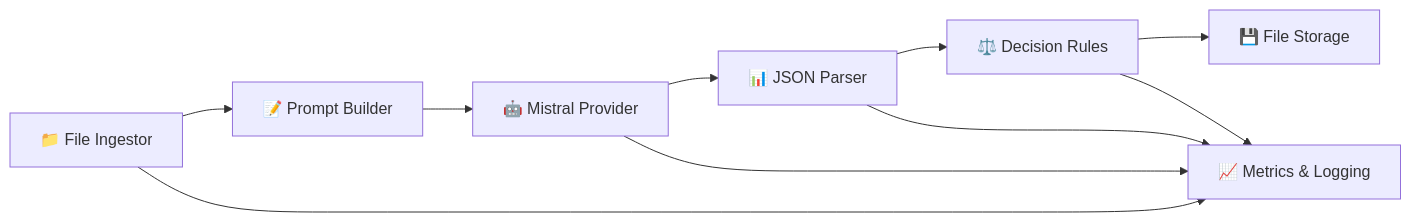
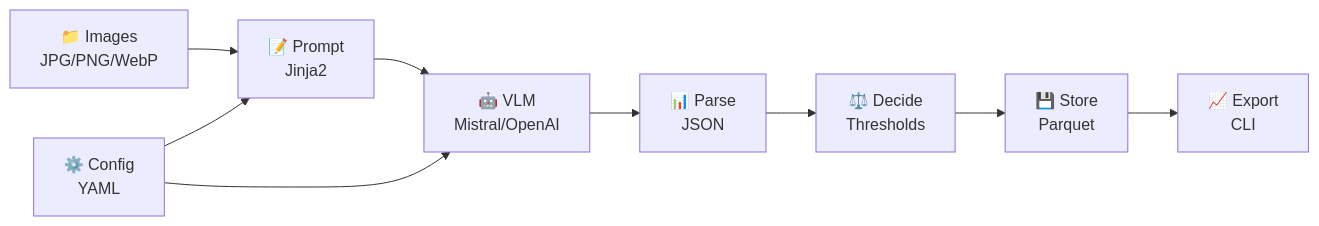
The diagram in README.md (boijuny/vis2attr), drawn with Mermaid before and after one commit. The commit also changed other lines of this file and 5 other files, not shown here.

````diff
--- a/README.md
+++ b/README.md
@@ -42,12 +13,12 @@
 ```mermaid
 flowchart LR
-  A[📁 File Ingestor] --> B[📝 Prompt Builder]
-  B --> C[🤖 Mistral Provider]
-  C --> D[📊 JSON Parser]
-  D --> E[⚖️ Decision Rules]
-  E --> F[💾 File Storage]
-  A --> G[📈 Metrics & Logging]
-  C --> G
-  D --> G
-  E --> G
+    A[📁 Images<br/>JPG/PNG/WebP] --> B[📝 Prompt<br/>Jinja2]
+    B --> C[🤖 VLM<br/>Mistral/OpenAI]
+    C --> D[📊 Parse<br/>JSON]
+    D --> E[⚖️ Decide<br/>Thresholds]
+    E --> F[💾 Store<br/>Parquet]
+    F --> G[📈 Export<br/>CLI]
+    
+    CONFIG[⚙️ Config<br/>YAML] --> B
+    CONFIG --> C
 ```
````
